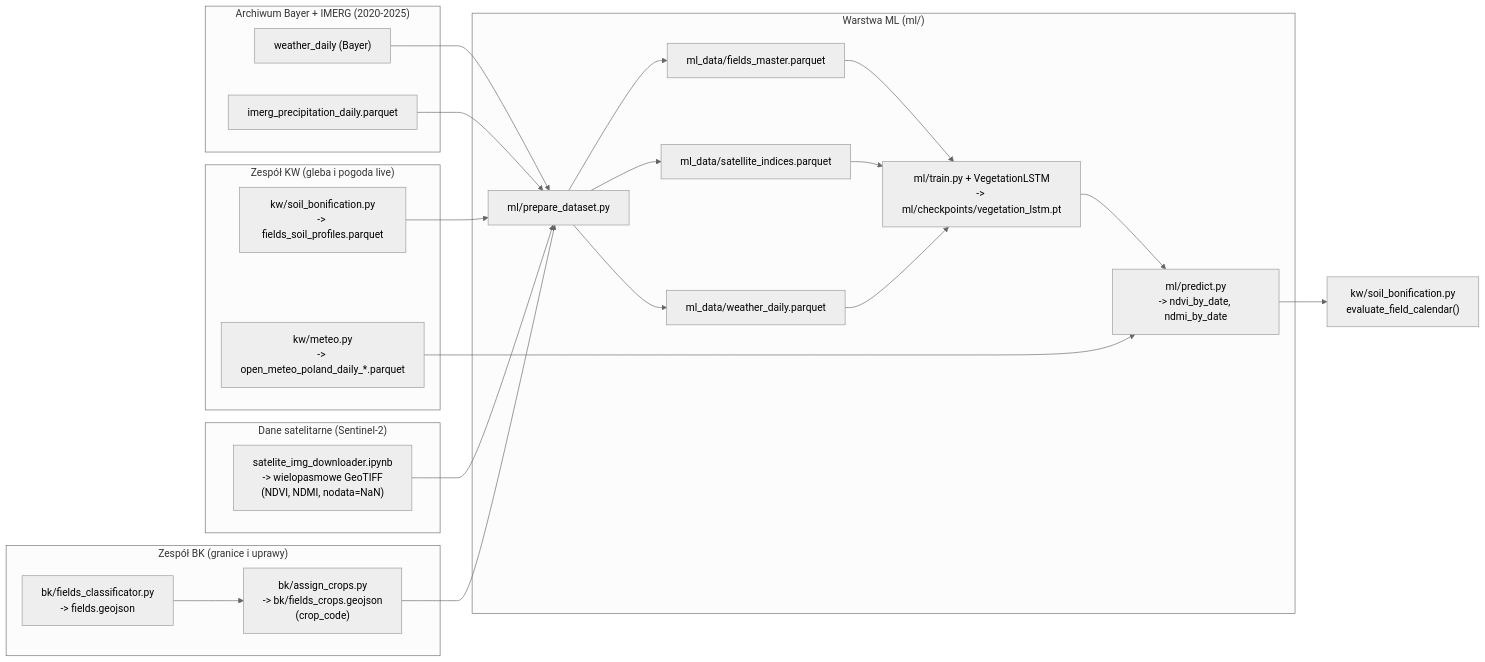
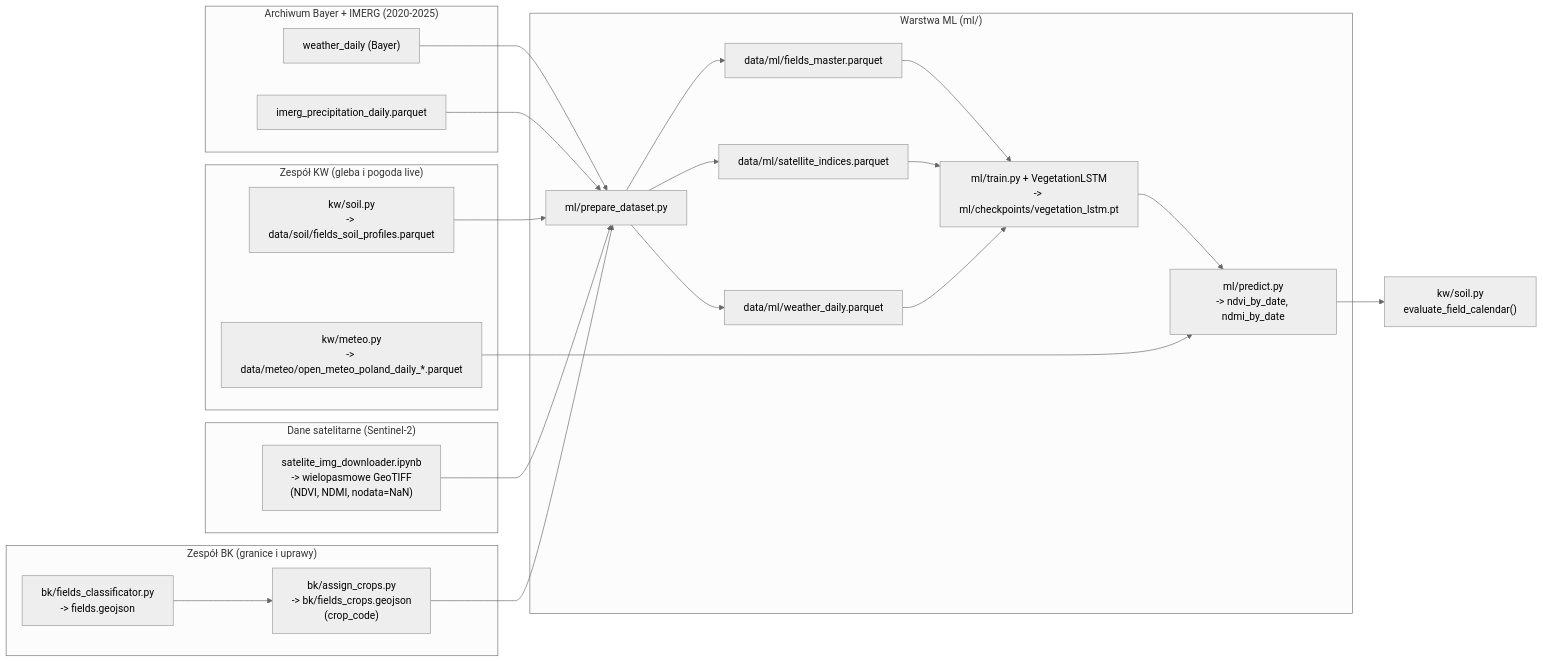
The diagram in ml/DATA_AND_MODEL_SPEC.md (Bayer-Group/field-under-pressure-materials), drawn with Mermaid (neutral theme) before and after one commit. The commit also changed other lines of this file and 12 other files, not shown here.

````diff
--- a/ml/DATA_AND_MODEL_SPEC.md
+++ b/ml/DATA_AND_MODEL_SPEC.md
@@ -9,46 +9,46 @@
 ```mermaid
 flowchart LR
     subgraph BK ["Zespół BK (granice i uprawy)"]
         FC["bk/fields_classificator.py<br/>-> fields.geojson"]
         AC["bk/assign_crops.py<br/>-> bk/fields_crops.geojson<br/>(crop_code)"]
         FC --> AC
     end
 
     subgraph SAT ["Dane satelitarne (Sentinel-2)"]
         NB["satelite_img_downloader.ipynb<br/>-> wielopasmowe GeoTIFF<br/>(NDVI, NDMI, nodata=NaN)"]
     end
 
     subgraph KW ["Zespół KW (gleba i pogoda live)"]
-        SOIL["kw/soil_bonification.py<br/>-> fields_soil_profiles.parquet"]
-        METEO["kw/meteo.py<br/>-> open_meteo_poland_daily_*.parquet"]
+        SOIL["kw/soil.py<br/>-> data/soil/fields_soil_profiles.parquet"]
+        METEO["kw/meteo.py<br/>-> data/meteo/open_meteo_poland_daily_*.parquet"]
     end
 
     subgraph BAYER ["Archiwum Bayer + IMERG (2020-2025)"]
         BW["weather_daily (Bayer)"]
         IM["imerg_precipitation_daily.parquet"]
     end
 
     subgraph ML ["Warstwa ML (ml/)"]
         PREP["ml/prepare_dataset.py"]
-        FM["ml_data/fields_master.parquet"]
-        SI["ml_data/satellite_indices.parquet"]
-        WD["ml_data/weather_daily.parquet"]
+        FM["data/ml/fields_master.parquet"]
+        SI["data/ml/satellite_indices.parquet"]
+        WD["data/ml/weather_daily.parquet"]
         TRAIN["ml/train.py + VegetationLSTM<br/>-> ml/checkpoints/vegetation_lstm.pt"]
         PRED["ml/predict.py<br/>-> ndvi_by_date, ndmi_by_date"]
         PREP --> FM
         PREP --> SI
         PREP --> WD
         FM --> TRAIN
         SI --> TRAIN
         WD --> TRAIN
         TRAIN --> PRED
     end
 
     AC --> PREP
     SOIL --> PREP
     NB --> PREP
     BW --> PREP
     IM --> PREP
     METEO --> PRED
-    PRED --> CAL["kw/soil_bonification.py<br/>evaluate_field_calendar()"]
+    PRED --> CAL["kw/soil.py<br/>evaluate_field_calendar()"]
 ```
````
